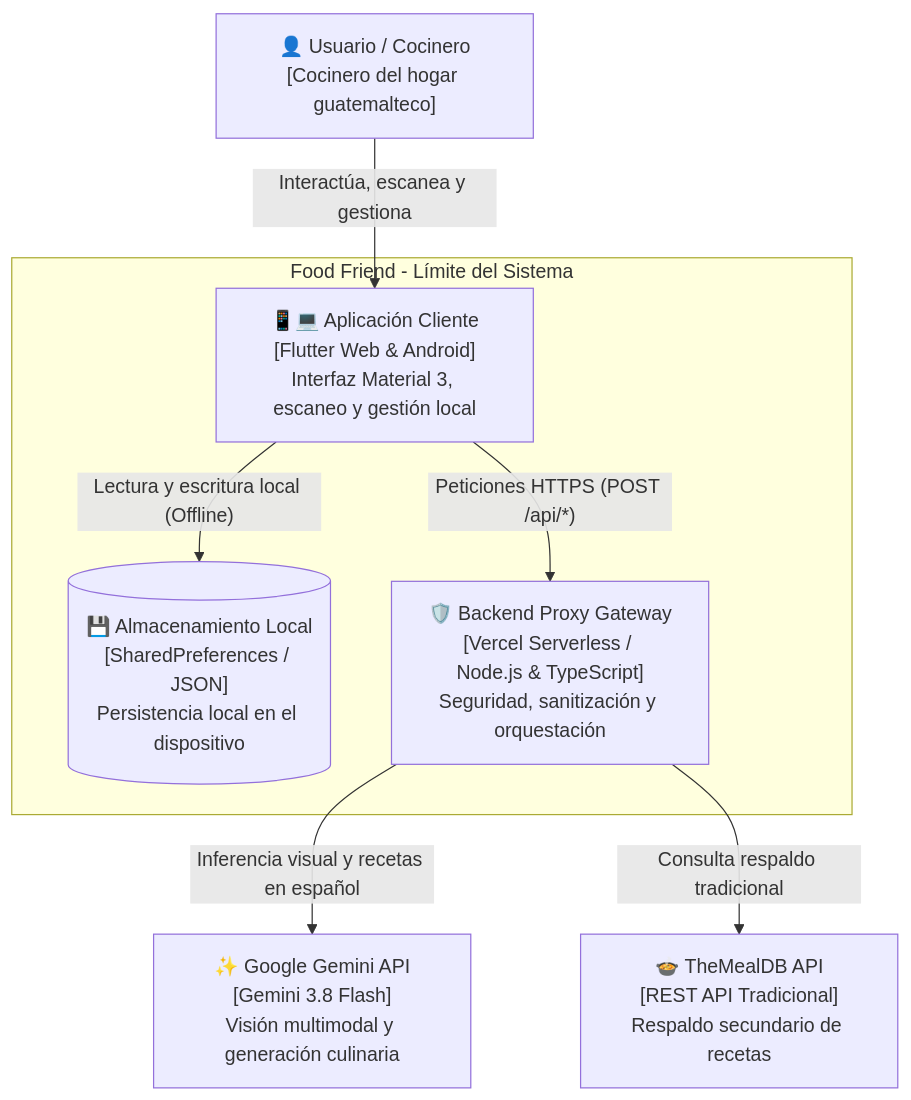
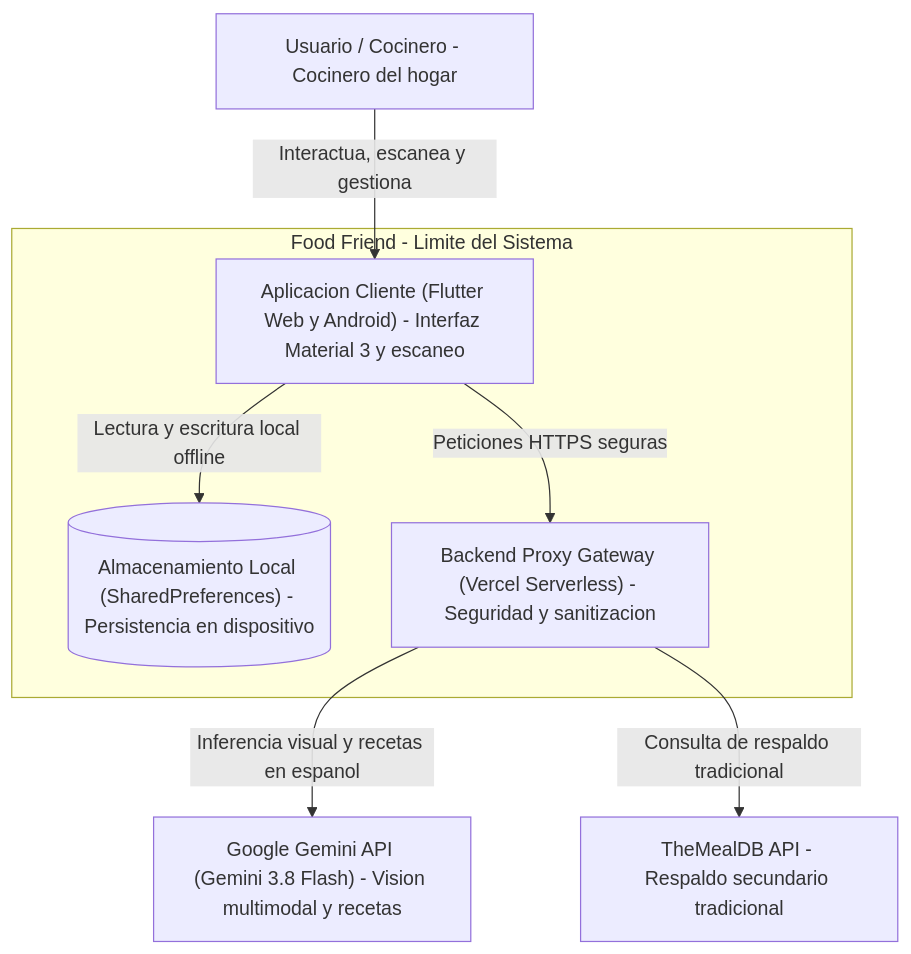
The diagram in README.md (innovationlabug/food-friend), drawn with Mermaid before and after one commit. The commit also changed other lines of this file and 1 other file, not shown here.

Commit message:
docs(readme): remove emojis and fix GitHub Mermaid diagram syntax
- Remove all emojis from documentation files per AGENTS.md guidelines
- Fix C4 Context and Container Mermaid diagrams for GitHub viewer compatibility by removing quotes inside link labels, avoiding literal newlines, and formatting subgraphs properly

````diff
--- a/README.md
+++ b/README.md
@@ -35,19 +35,19 @@
 ```mermaid
 flowchart TB
-    User["👤 Usuario / Cocinero\n[Cocinero del hogar guatemalteco]"]
+    User["Usuario / Cocinero - Cocinero del hogar"]
 
-    subgraph SystemBoundary["Food Friend - Límite del Sistema"]
-        App["📱💻 Aplicación Cliente\n[Flutter Web & Android]\nInterfaz Material 3, escaneo y gestión local"]
-        LocalStorage[("💾 Almacenamiento Local\n[SharedPreferences / JSON]\nPersistencia local en el dispositivo")]
-        Proxy["🛡️ Backend Proxy Gateway\n[Vercel Serverless / Node.js & TypeScript]\nSeguridad, sanitización y orquestación"]
+    subgraph SystemBoundary ["Food Friend - Limite del Sistema"]
+        App["Aplicacion Cliente (Flutter Web y Android) - Interfaz Material 3 y escaneo"]
+        LocalStorage[("Almacenamiento Local (SharedPreferences) - Persistencia en dispositivo")]
+        Proxy["Backend Proxy Gateway (Vercel Serverless) - Seguridad y sanitizacion"]
     end
 
-    Gemini["✨ Google Gemini API\n[Gemini 3.8 Flash]\nVisión multimodal y generación culinaria"]
-    TheMealDB["🍲 TheMealDB API\n[REST API Tradicional]\nRespaldo secundario de recetas"]
+    Gemini["Google Gemini API (Gemini 3.8 Flash) - Vision multimodal y recetas"]
+    TheMealDB["TheMealDB API - Respaldo secundario tradicional"]
 
-    User -->|"Interactúa, escanea y gestiona"| App
-    App -->|"Lectura y escritura local (Offline)"| LocalStorage
-    App -->|"Peticiones HTTPS (POST /api/*)"| Proxy
-    Proxy -->|"Inferencia visual y recetas en español"| Gemini
-    Proxy -->|"Consulta respaldo tradicional"| TheMealDB
+    User -->|Interactua, escanea y gestiona| App
+    App -->|Lectura y escritura local offline| LocalStorage
+    App -->|Peticiones HTTPS seguras| Proxy
+    Proxy -->|Inferencia visual y recetas en espanol| Gemini
+    Proxy -->|Consulta de respaldo tradicional| TheMealDB
 ```
````
